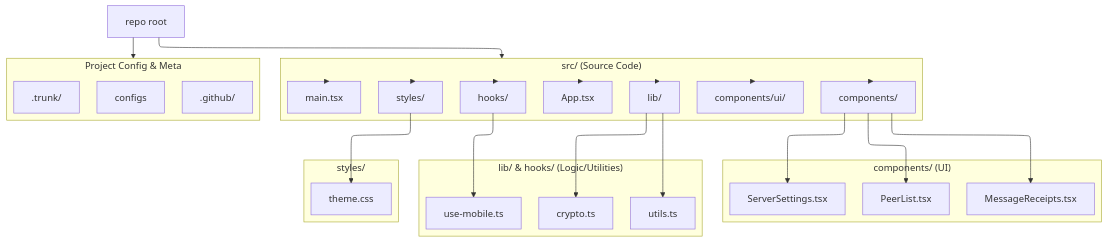
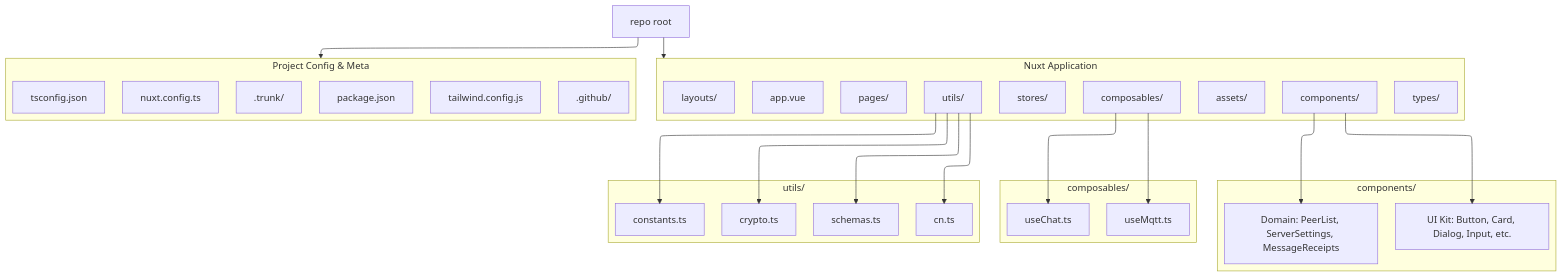
The fifth of 5 diagrams in .github/copilot-instructions.md (daveio/chat), drawn with Mermaid before and after one commit. The commit also changed other lines of this file, not shown here.

First line of the commit message:
📝 (.github): update copilot instructions for Nuxt/Vue architecture

````diff
--- a/.github/copilot-instructions.md
+++ b/.github/copilot-instructions.md
@@ -611,41 +642,45 @@
 ```mermaid
 ---
 config:
   layout: elk
 id: 4a380003-cbb8-474c-bcad-7a7ae057a314
 ---
 flowchart TB
- subgraph Source_Code["src/ (Source Code)"]
-        entry["main.tsx"]
-        app["App.tsx"]
-        comps["components/"]
-        ui["components/ui/"]
-        lib["lib/"]
-        styles["styles/"]
-        hooks["hooks/"]
+ subgraph NuxtApp["Nuxt Application"]
+        app["app.vue"]
+        layouts["layouts/"]
+        pages["pages/"]
+        composables["composables/"]
+        stores["stores/"]
+        components["components/"]
+        utils["utils/"]
+        types["types/"]
+        assets["assets/"]
   end
  subgraph Config["Project Config & Meta"]
-        cfg["configs"]
+        nuxtConfig["nuxt.config.ts"]
+        pkgJson["package.json"]
+        tsConfig["tsconfig.json"]
+        tailwindConfig["tailwind.config.js"]
         dotgithub[".github/"]
         trunk[".trunk/"]
   end
- subgraph Components["components/ (UI)"]
-        peer["PeerList.tsx"]
-        receipts["MessageReceipts.tsx"]
-        server["ServerSettings.tsx"]
+ subgraph Components_Detail["components/"]
+        domain["Domain: PeerList, ServerSettings, MessageReceipts"]
+        ui["UI Kit: Button, Card, Dialog, Input, etc."]
   end
- subgraph Libraries_Hooks["lib/ & hooks/ (Logic/Utilities)"]
+ subgraph Composables_Detail["composables/"]
+        useChat["useChat.ts"]
+        useMqtt["useMqtt.ts"]
+  end
+ subgraph Utils_Detail["utils/"]
         crypto["crypto.ts"]
-        utils["utils.ts"]
-        mobile["use-mobile.ts"]
+        schemas["schemas.ts"]
+        constants["constants.ts"]
+        cn["cn.ts"]
   end
- subgraph Styles["styles/"]
-        theme["theme.css"]
-  end
-    Root["repo root"] --> Source_Code & Config
-    Source_Code --> entry & app & comps & ui & lib & styles & hooks
-    comps --> peer & receipts & server
-    lib --> crypto & utils
-    hooks --> mobile
-    styles --> theme
+    Root["repo root"] --> NuxtApp & Config
+    components --> domain & ui
+    composables --> useChat & useMqtt
+    utils --> crypto & schemas & constants & cn
 ```
````
